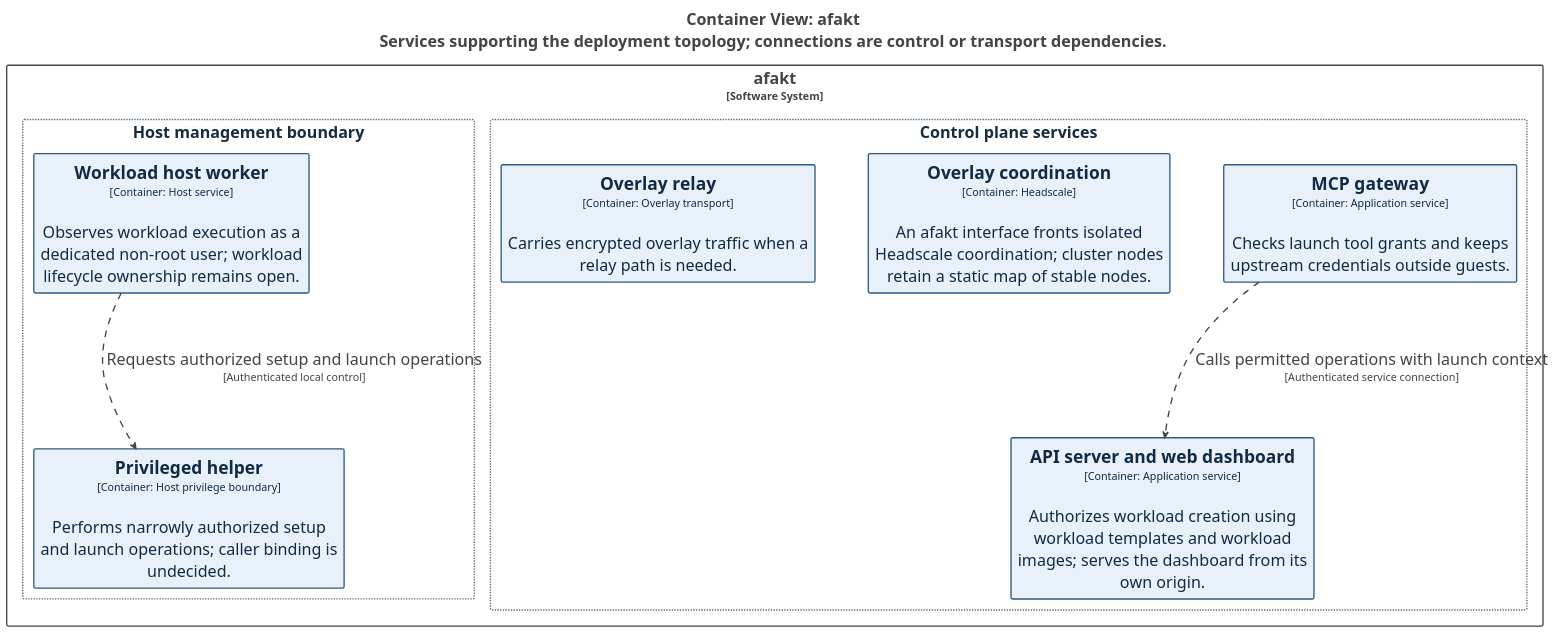
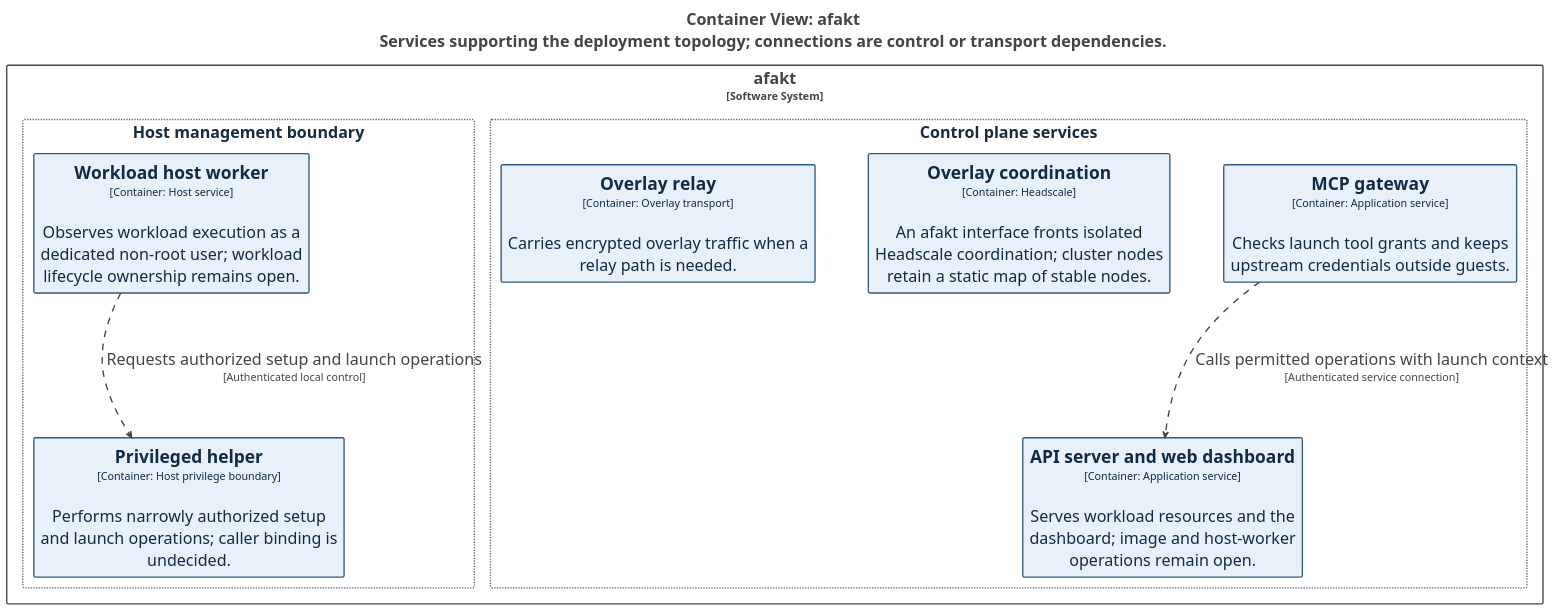
The diagram in docs/diagrams/structurizr-network-service-boundaries.puml (tbhb-dev/afakt), drawn with PlantUML before and after one commit. The commit also changed 24 other files, not shown here.

First line of the commit message:
docs: define workload identity and API boundaries

```diff
--- a/docs/diagrams/structurizr-network-service-boundaries.puml
+++ b/docs/diagrams/structurizr-network-service-boundaries.puml
@@ -1,94 +1,94 @@
 @startuml
 title <size:24>Container View: afakt</size>\n<size:24>Services supporting the deployment topology; connections are control or transport dependencies.</size>
 
 set separator none
 top to bottom direction
 skinparam ranksep 20
 skinparam nodesep 5
 hide stereotype
 
 skinparam {
   nodesep 80
   ranksep 160
 }
 
 <style>
   root {
     BackgroundColor: #ffffff;
     FontColor: #444444;
   }
   // Element,Topology
   .Element-RWxlbWVudCxUb3BvbG9neQ== {
     BackgroundColor: #e8f1fa;
     LineColor: #315b7d;
     LineStyle: 0;
     LineThickness: 2;
     FontColor: #122b44;
     FontSize: 24;
     HorizontalAlignment: center;
     Shadowing: 0;
     MaximumWidth: 450;
   }
   // Relationship
   .Relationship-UmVsYXRpb25zaGlw {
     LineThickness: 2;
     LineStyle: 10-10;
     LineColor: #444444;
     FontColor: #444444;
     FontSize: 24;
     MaximumWidth: 200;
   }
   // afakt
   .Boundary-YWZha3Q= {
     BackgroundColor: #ffffff;
     LineColor: #444444;
     LineStyle: 0;
     LineThickness: 2;
     FontColor: #444444;
     FontSize: 24;
     HorizontalAlignment: center;
     Shadowing: 0;
   }
   // Control plane services
   .Group-Q29udHJvbCBwbGFuZSBzZXJ2aWNlcw== {
     BackgroundColor: #ffffff;
     LineColor: #536b7e;
     LineStyle: 2-2;
     LineThickness: 2;
     FontColor: #182c3e;
     FontSize: 24;
     HorizontalAlignment: center;
     Shadowing: 0;
   }
   // Host management boundary
   .Group-SG9zdCBtYW5hZ2VtZW50IGJvdW5kYXJ5 {
     BackgroundColor: #ffffff;
     LineColor: #536b7e;
     LineStyle: 2-2;
     LineThickness: 2;
     FontColor: #182c3e;
     FontSize: 24;
     HorizontalAlignment: center;
     Shadowing: 0;
   }
 </style>
 
 rectangle "afakt\n<size:16>[Software System]</size>" <<Boundary-YWZha3Q=>> {
   rectangle "Control plane services" <<Group-Q29udHJvbCBwbGFuZSBzZXJ2aWNlcw==>> as group1 {
-    rectangle "==API server and web dashboard\n<size:16>[Container: Application service]</size>\n\nAuthorizes workload creation using workload templates and workload images; serves the dashboard from its own origin." <<Element-RWxlbWVudCxUb3BvbG9neQ==>> as afakt.APIserverandwebdashboard
+    rectangle "==API server and web dashboard\n<size:16>[Container: Application service]</size>\n\nServes workload resources and the dashboard; image and host-worker operations remain open." <<Element-RWxlbWVudCxUb3BvbG9neQ==>> as afakt.APIserverandwebdashboard
     rectangle "==MCP gateway\n<size:16>[Container: Application service]</size>\n\nChecks launch tool grants and keeps upstream credentials outside guests." <<Element-RWxlbWVudCxUb3BvbG9neQ==>> as afakt.MCPgateway
     rectangle "==Overlay coordination\n<size:16>[Container: Headscale]</size>\n\nAn afakt interface fronts isolated Headscale coordination; cluster nodes retain a static map of stable nodes." <<Element-RWxlbWVudCxUb3BvbG9neQ==>> as afakt.Overlaycoordination
     rectangle "==Overlay relay\n<size:16>[Container: Overlay transport]</size>\n\nCarries encrypted overlay traffic when a relay path is needed." <<Element-RWxlbWVudCxUb3BvbG9neQ==>> as afakt.Overlayrelay
   }
 
   rectangle "Host management boundary" <<Group-SG9zdCBtYW5hZ2VtZW50IGJvdW5kYXJ5>> as group2 {
     rectangle "==Workload host worker\n<size:16>[Container: Host service]</size>\n\nObserves workload execution as a dedicated non-root user; workload lifecycle ownership remains open." <<Element-RWxlbWVudCxUb3BvbG9neQ==>> as afakt.Workloadhostworker
     rectangle "==Privileged helper\n<size:16>[Container: Host privilege boundary]</size>\n\nPerforms narrowly authorized setup and launch operations; caller binding is undecided." <<Element-RWxlbWVudCxUb3BvbG9neQ==>> as afakt.Privilegedhelper
   }
 
 }
 
 afakt.Workloadhostworker --> afakt.Privilegedhelper <<Relationship-UmVsYXRpb25zaGlw>> : "Requests authorized setup and launch operations\n<size:16>[Authenticated local control]</size>"
 afakt.MCPgateway --> afakt.APIserverandwebdashboard <<Relationship-UmVsYXRpb25zaGlw>> : "Calls permitted operations with launch context\n<size:16>[Authenticated service connection]</size>"
 
 @enduml
```
